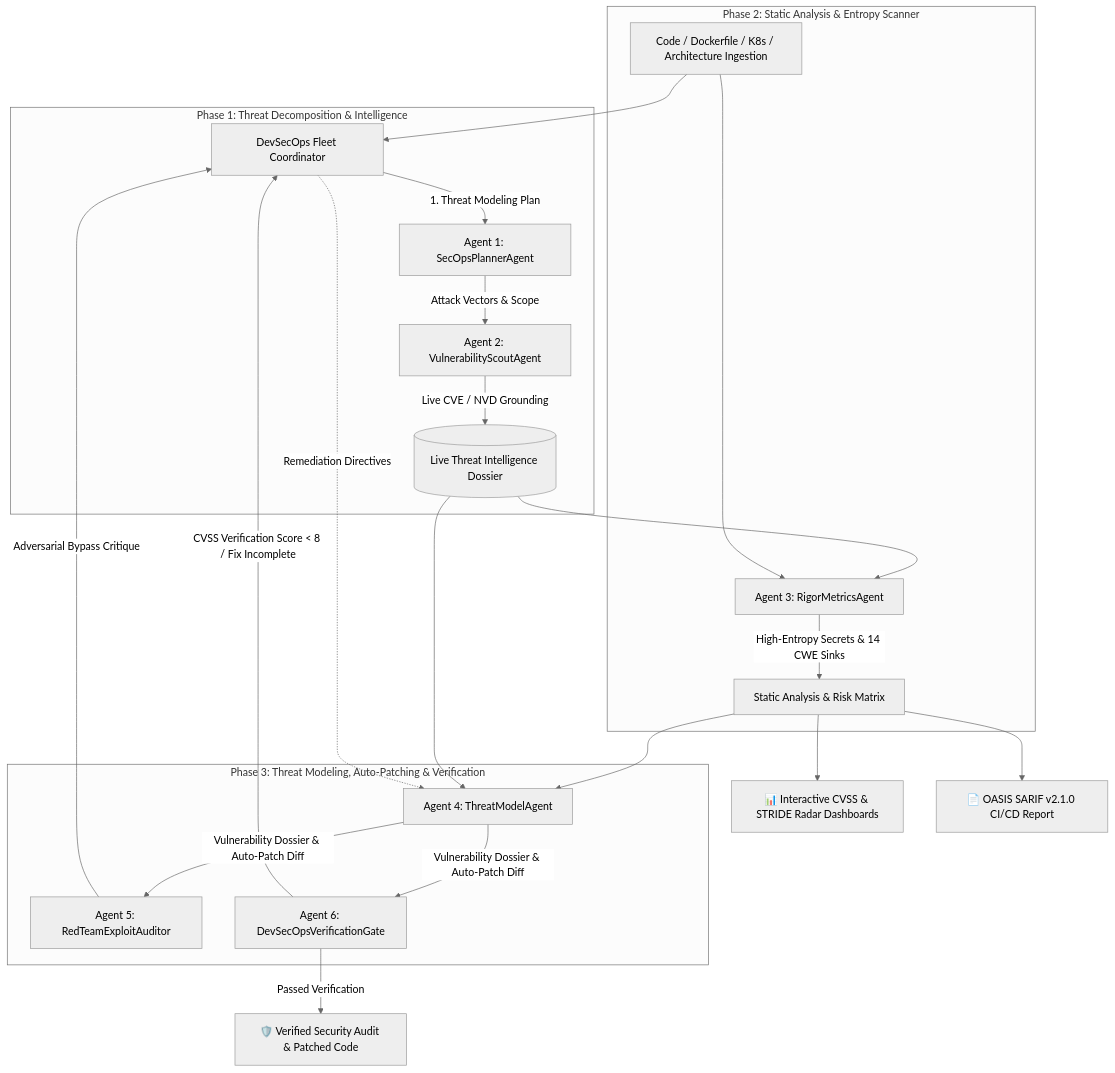
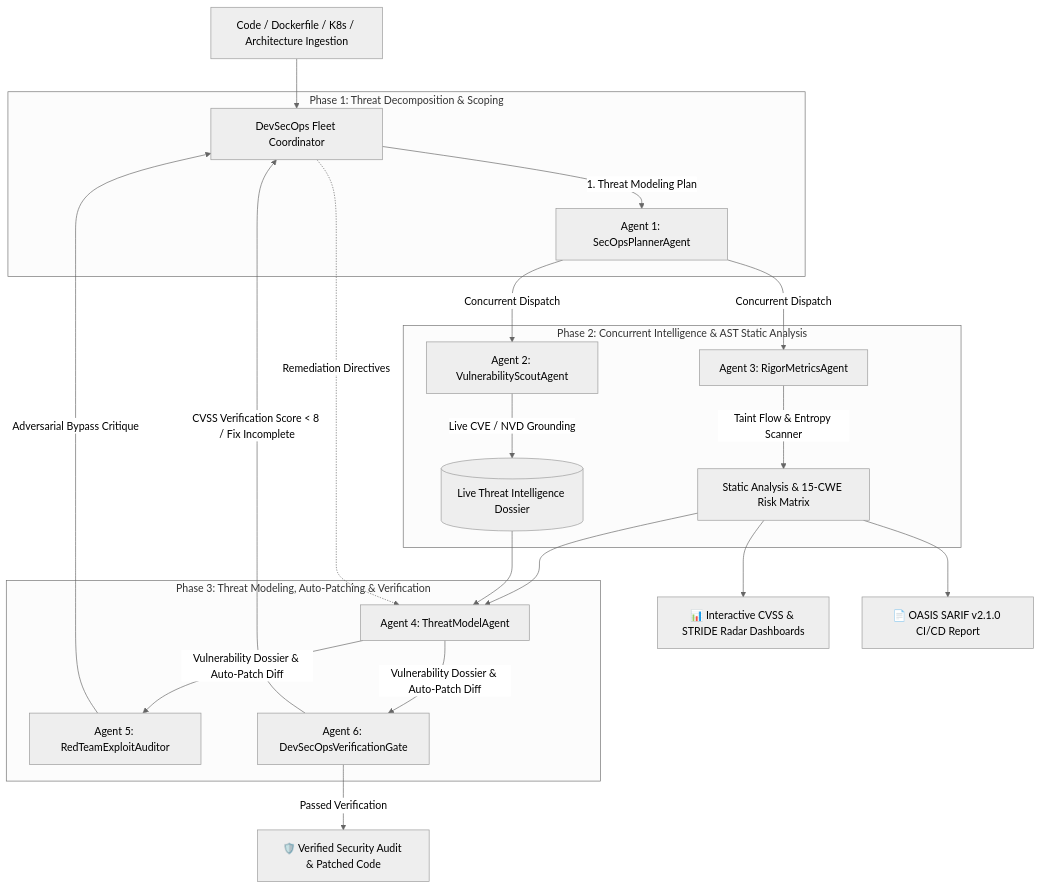
The diagram in README.md (uttam-kumar92/devsecops-war-room-fleet), drawn with Mermaid (neutral theme) before and after one commit. The commit also changed other lines of this file and 8 other files, not shown here.

````diff
--- a/README.md
+++ b/README.md
@@ -16,32 +16,32 @@
 ```mermaid
 graph TD
     Input[Code / Dockerfile / K8s / Architecture Ingestion] --> Coordinator[DevSecOps Fleet Coordinator]
     
-    subgraph "Phase 1: Threat Decomposition & Intelligence"
+    subgraph "Phase 1: Threat Decomposition & Scoping"
         Coordinator -->|1. Threat Modeling Plan| Planner[Agent 1: SecOpsPlannerAgent]
-        Planner -->|Attack Vectors & Scope| Scout[Agent 2: VulnerabilityScoutAgent]
-        Scout -->|Live CVE / NVD Grounding| Intel[(Live Threat Intelligence Dossier)]
     end
 
-    subgraph "Phase 2: Static Analysis & Entropy Scanner"
-        Intel --> StaticAnalyzer[Agent 3: RigorMetricsAgent]
-        Input --> StaticAnalyzer
-        StaticAnalyzer -->|High-Entropy Secrets & 14 CWE Sinks| Metrics[Static Analysis & Risk Matrix]
+    subgraph "Phase 2: Concurrent Intelligence & AST Static Analysis"
+        Planner -->|Concurrent Dispatch| Scout[Agent 2: VulnerabilityScoutAgent]
+        Planner -->|Concurrent Dispatch| StaticAnalyzer[Agent 3: RigorMetricsAgent]
+        
+        Scout -->|Live CVE / NVD Grounding| Intel[(Live Threat Intelligence Dossier)]
+        StaticAnalyzer -->|Taint Flow & Entropy Scanner| Metrics[Static Analysis & 15-CWE Risk Matrix]
     end
 
     subgraph "Phase 3: Threat Modeling, Auto-Patching & Verification"
         Metrics --> ThreatModeler[Agent 4: ThreatModelAgent]
         Intel --> ThreatModeler
         ThreatModeler -->|Vulnerability Dossier & Auto-Patch Diff| RedTeam[Agent 5: RedTeamExploitAuditor]
         ThreatModeler -->|Vulnerability Dossier & Auto-Patch Diff| Verifier[Agent 6: DevSecOpsVerificationGate]
         
         RedTeam -->|Adversarial Bypass Critique| Coordinator
         Verifier -->|CVSS Verification Score < 8 / Fix Incomplete| Coordinator
         
         Coordinator -.->|Remediation Directives| ThreatModeler
     end
 
     Verifier -->|Passed Verification| VerifiedOutput[🛡️ Verified Security Audit & Patched Code]
     Metrics --> Visuals[📊 Interactive CVSS & STRIDE Radar Dashboards]
     Metrics --> SARIF[📄 OASIS SARIF v2.1.0 CI/CD Report]
 ```
````
